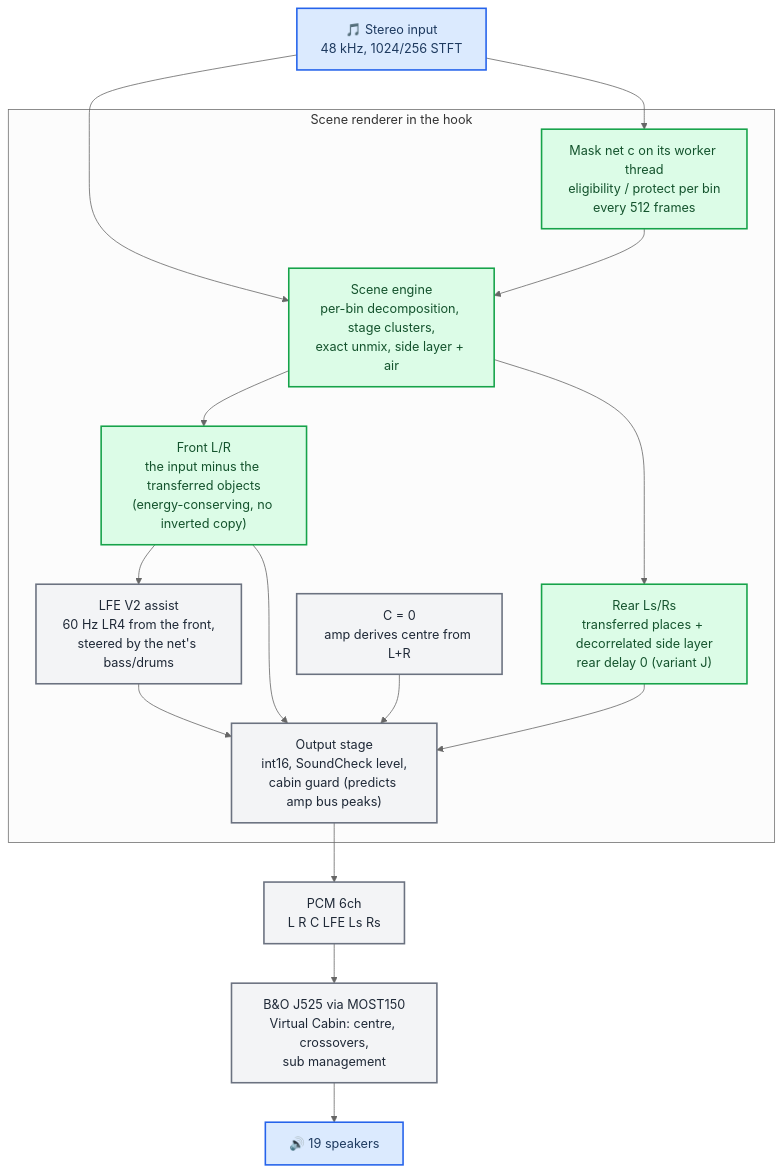
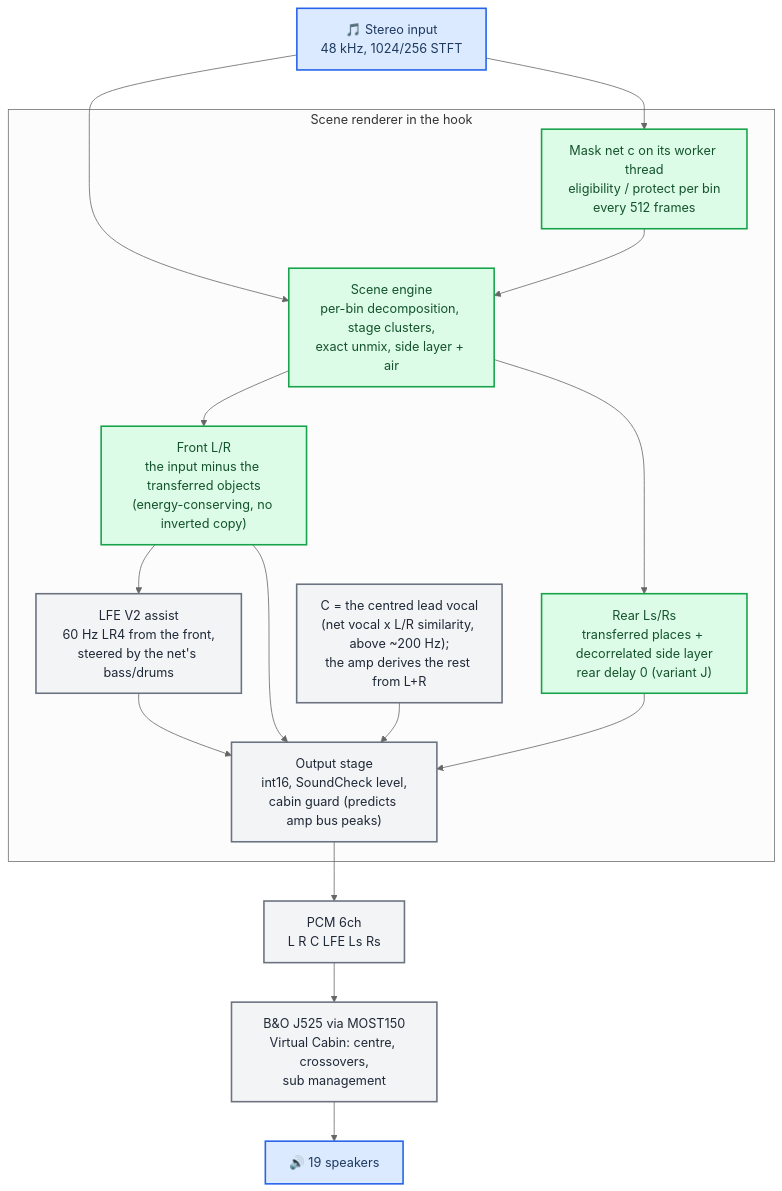
The first of 5 diagrams in docs/audio/STEREO_TO_5_1_UPMIX.md (Developefd/mib2q-carplay-rgi), drawn with Mermaid (neutral theme) before and after one commit. The commit also changed other lines of this file and 22 other files, not shown here.

First line of the commit message:
Upmix: the centred lead vocal goes to the centre channel

````diff
--- a/docs/audio/STEREO_TO_5_1_UPMIX.md
+++ b/docs/audio/STEREO_TO_5_1_UPMIX.md
@@ -11,39 +11,39 @@
 ```mermaid
 flowchart TB
     accTitle: Scene upmix at a glance
     accDescr: Stereo input enters the scene engine, which analyses it in 1024-sample frames, moves off-centre instruments and the room residual to the rear and keeps the rest in front; the fine mask net steers which instruments move; PCM6 then reaches the B&O amplifier and its 19 speakers.
     stereo["🎵 Stereo input<br/>48 kHz, 1024/256 STFT"]
 
     subgraph scene ["Scene renderer in the hook"]
         front["Front L/R<br/>the input minus the transferred objects<br/>(energy-conserving, no inverted copy)"]
         engine["Scene engine<br/>per-bin decomposition, stage clusters,<br/>exact unmix, side layer + air"]
         net["Mask net c on its worker thread<br/>eligibility / protect per bin<br/>every 512 frames"]
         rear["Rear Ls/Rs<br/>transferred places + decorrelated side layer<br/>rear delay 0 (variant J)"]
         lfe["LFE V2 assist<br/>60 Hz LR4 from the front,<br/>steered by the net's bass/drums"]
-        centre["C = 0<br/>amp derives centre from L+R"]
+        centre["C = the centred lead vocal<br/>(net vocal x L/R similarity, above ~200 Hz);<br/>the amp derives the rest from L+R"]
         out["Output stage<br/>int16, SoundCheck level,<br/>cabin guard (predicts amp bus peaks)"]
     end
 
     pcm["PCM 6ch<br/>L R C LFE Ls Rs"]
     amp["B&O J525 via MOST150<br/>Virtual Cabin: centre, crossovers,<br/>sub management"]
     spk["🔊 19 speakers"]
 
     stereo --> engine
     stereo --> net
     net --> engine
     engine --> front
     engine --> rear
     front --> lfe
     front --> out
     rear --> out
     lfe --> out
     centre --> out
     out --> pcm --> amp --> spk
 
     classDef primary fill:#dbeafe,stroke:#2563eb,stroke-width:2px,color:#1e3a5f
     classDef success fill:#dcfce7,stroke:#16a34a,stroke-width:2px,color:#14532d
     classDef neutral fill:#f3f4f6,stroke:#6b7280,stroke-width:2px,color:#1f2937
     class stereo,spk primary
     class engine,net,rear,front success
     class lfe,centre,out,pcm,amp neutral
 ```
````
